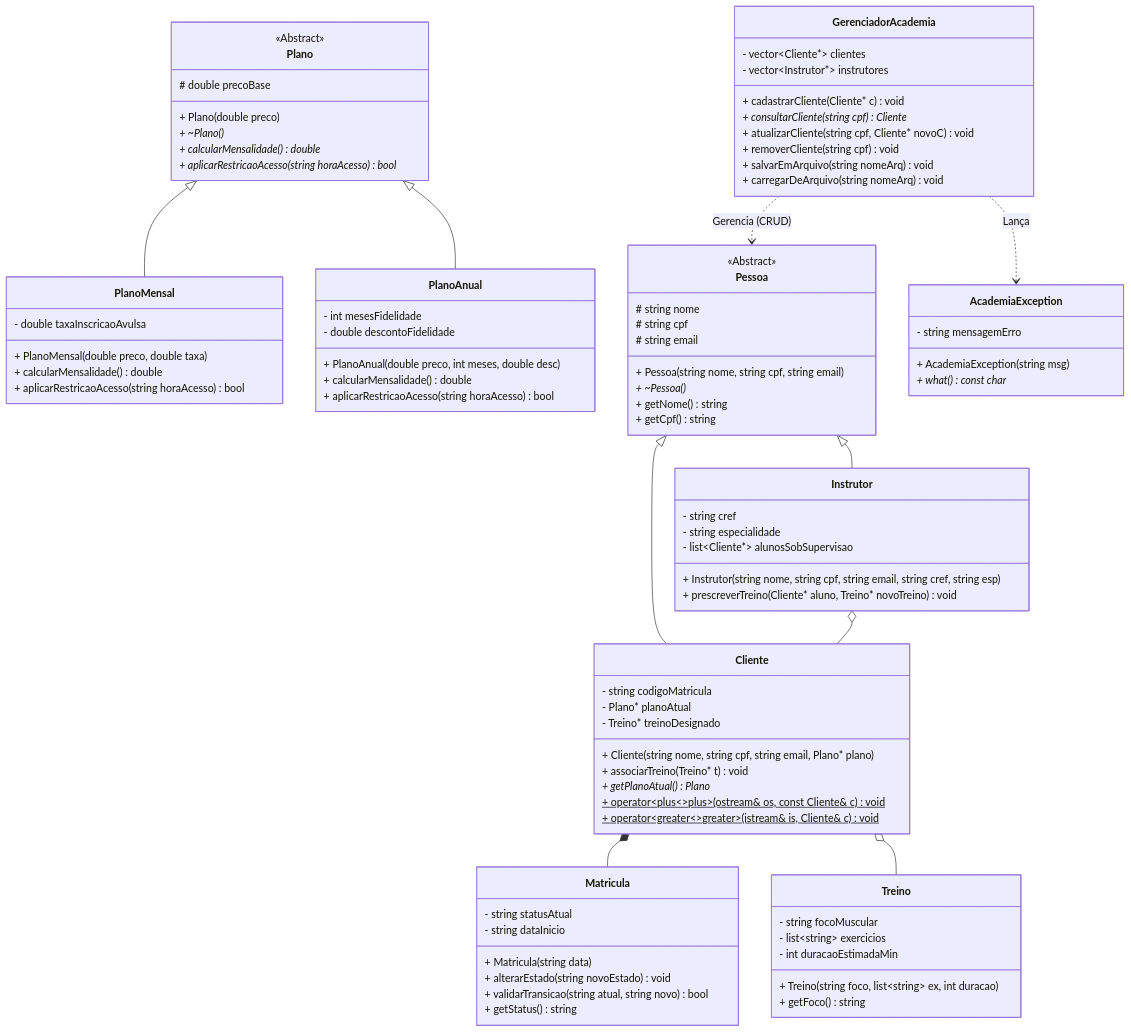
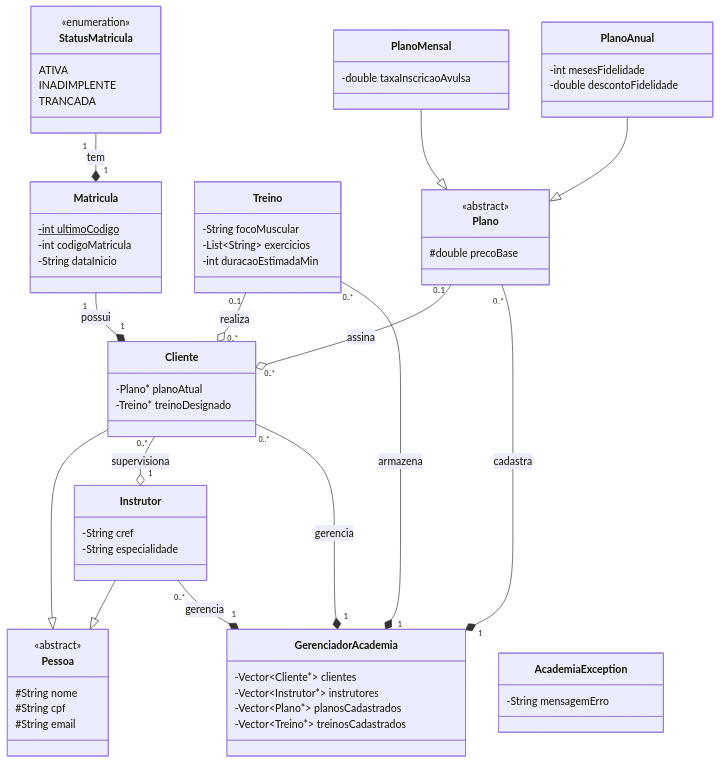
One commit to helena-varela/sistema-academia changed the diagram in README.md. Above: the diagram before and after it, drawn with Mermaid. The commit also changed 1 other file, not shown here.

Commit message:
mudanças no UML

````diff
--- a/README.md
+++ b/README.md
@@ -62,105 +62,79 @@
 ```mermaid
 classDiagram
-    direction OA
-    
-    %% --- RELAÇÕES ---
-    Pessoa <|-- Cliente
-    Pessoa <|-- Instrutor
-    Plano <|-- PlanoMensal
-    Plano <|-- PlanoAnual
-    Cliente *-- Matricula
-    Cliente o-- Treino
-    Instrutor o-- Cliente
-    GerenciadorAcademia ..> Pessoa : Gerencia (CRUD)
-    GerenciadorAcademia ..> AcademiaException : Lança
+direction BT
+    class Pessoa {
+	    #String nome
+	    #String cpf
+	    #String email
+    }
 
-    %% --- CLASSES ---
-    class Pessoa {
-        <<Abstract>>
-        # string nome
-        # string cpf
-        # string email
-        + Pessoa(string nome, string cpf, string email)
-        + ~Pessoa()*
-        + getNome() string
-        + getCpf() string
+    class Plano {
+	    #double precoBase
+    }
+
+    class PlanoMensal {
+	    -double taxaInscricaoAvulsa
+    }
+
+    class PlanoAnual {
+	    -int mesesFidelidade
+	    -double descontoFidelidade
+    }
+
+    class Instrutor {
+	    -String cref
+	    -String especialidade
     }
 
     class Cliente {
-        - string codigoMatricula
-        - Plano* planoAtual
-        - Treino* treinoDesignado
-        + Cliente(string nome, string cpf, string email, Plano* plano)
-        + associarTreino(Treino* t) void
-        + getPlanoAtual() Plano*
-        + operator~plus~~plus~(ostream& os, const Cliente& c)$ void
-        + operator~greater~~greater~(istream& is, Cliente& c)$ void
-    }
-
-    class Instrutor {
-        - string cref
-        - string especialidade
-        - list~Cliente*~ alunosSobSupervisao
-        + Instrutor(string nome, string cpf, string email, string cref, string esp)
-        + prescreverTreino(Cliente* aluno, Treino* novoTreino) void
-    }
-
-    class Plano {
-        <<Abstract>>
-        # double precoBase
-        + Plano(double preco)
-        + ~Plano()*
-        + calcularMensalidade()* double
-        + aplicarRestricaoAcesso(string horaAcesso)* bool
-    }
-
-    class PlanoMensal {
-        - double taxaInscricaoAvulsa
-        + PlanoMensal(double preco, double taxa)
-        + calcularMensalidade() double
-        + aplicarRestricaoAcesso(string horaAcesso) bool
-    }
-
-    class PlanoAnual {
-        - int mesesFidelidade
-        - double descontoFidelidade
-        + PlanoAnual(double preco, int meses, double desc)
-        + calcularMensalidade() double
-        + aplicarRestricaoAcesso(string horaAcesso) bool
+	    -Plano* planoAtual
+	    -Treino* treinoDesignado
     }
 
     class Treino {
-        - string focoMuscular
-        - list~string~ exercicios
-        - int duracaoEstimadaMin
-        + Treino(string foco, list~string~ ex, int duracao)
-        + getFoco() string
+	    -String focoMuscular
+	    -List~String~ exercicios
+	    -int duracaoEstimadaMin
     }
 
     class Matricula {
-        %% Estado Dinâmico
-        - string statusAtual
-        - string dataInicio
-        + Matricula(string data)
-        + alterarEstado(string novoEstado) void
-        + validarTransicao(string atual, string novo) bool
-        + getStatus() string
+	    -int ultimoCodigo$
+	    -int codigoMatricula
+	    -String dataInicio
+    }
+
+    class StatusMatricula {
+	    ATIVA
+	    INADIMPLENTE
+	    TRANCADA
     }
 
     class GerenciadorAcademia {
-        - vector~Cliente*~ clientes
-        - vector~Instrutor*~ instrutores
-        + cadastrarCliente(Cliente* c) void
-        + consultarCliente(string cpf) Cliente*
-        + atualizarCliente(string cpf, Cliente* novoC) void
-        + removerCliente(string cpf) void
-        + salvarEmArquivo(string nomeArq) void
-        + carregarDeArquivo(string nomeArq) void
+	    -Vector~Cliente*~ clientes
+	    -Vector~Instrutor*~ instrutores
+	    -Vector~Plano*~ planosCadastrados
+	    -Vector~Treino*~ treinosCadastrados
     }
 
     class AcademiaException {
-        - string mensagemErro
-        + AcademiaException(string msg)
-        + what() const char*
+	    -String mensagemErro
     }
+
+	<<abstract>> Pessoa
+	<<abstract>> Plano
+	<<enumeration>> StatusMatricula
+
+    Pessoa <|-- Instrutor
+    Pessoa <|-- Cliente
+    Plano <|-- PlanoMensal
+    Plano <|-- PlanoAnual
+    Cliente "1" *-- "1" Matricula : possui
+    Matricula "1" *-- "1" StatusMatricula : tem
+    Instrutor "1" o-- "0..*" Cliente : supervisiona
+    Cliente "0..*" o-- "0..1" Plano : assina
+    Cliente "0..*" o-- "0..1" Treino : realiza
+    GerenciadorAcademia "1" *-- "0..*" Cliente : gerencia
+    GerenciadorAcademia "1" *-- "0..*" Instrutor : gerencia
+    GerenciadorAcademia "1" *-- "0..*" Plano : cadastra
+    GerenciadorAcademia "1" *-- "0..*" Treino : armazena
 ```
````
